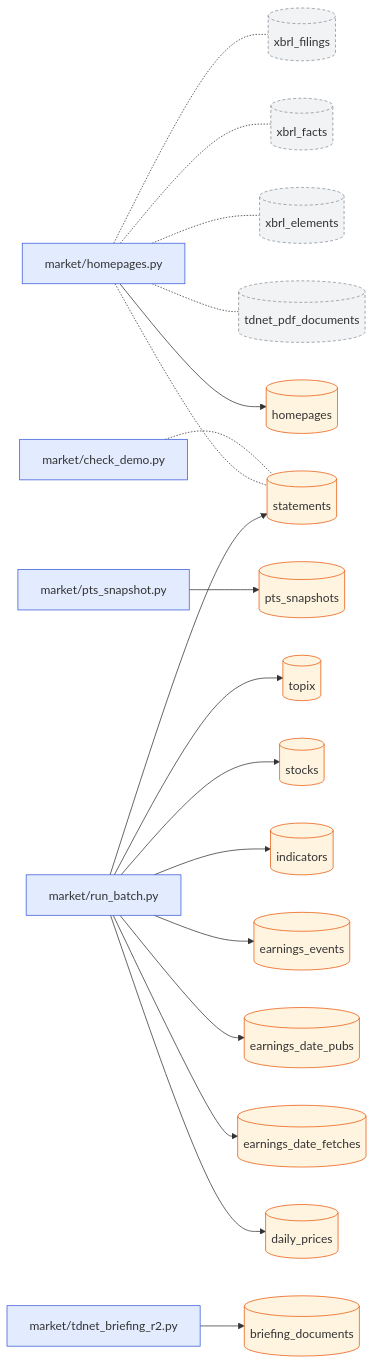
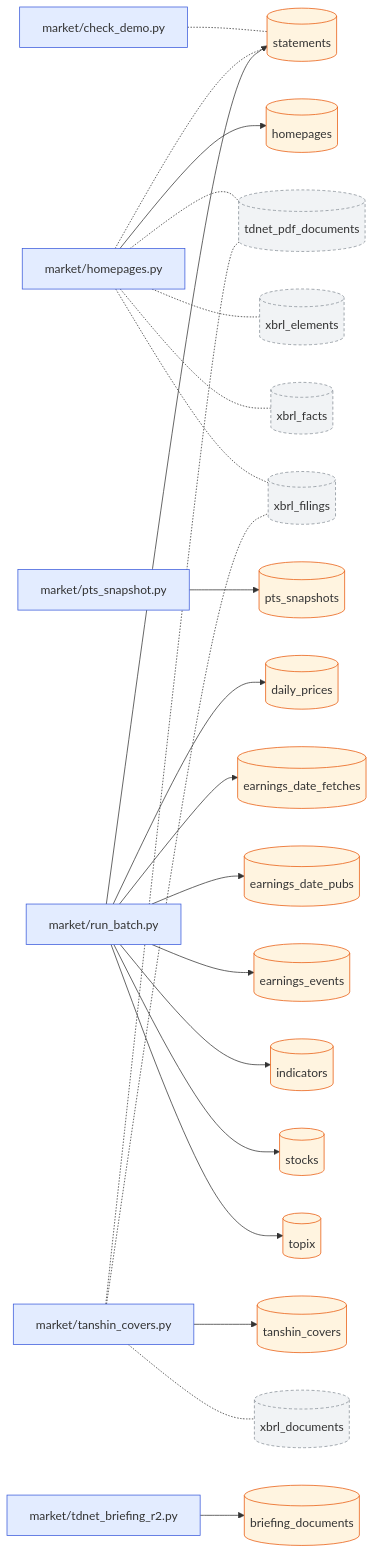
Before and after one commit to pekumirui/stock-analyzer: the first of 2 diagrams in docs/dataflow/market.md, drawn with Mermaid. The commit also changed other lines of this file and 8 other files, not shown here.

````diff
--- a/docs/dataflow/market.md
+++ b/docs/dataflow/market.md
@@ -9,44 +9,51 @@
 ```mermaid
 flowchart LR
   n0["market/check_demo.py"]:::job
   n1["market/homepages.py"]:::job
   n2["market/pts_snapshot.py"]:::job
   n3["market/run_batch.py"]:::job
-  n4["market/tdnet_briefing_r2.py"]:::job
-  n5[("briefing_documents")]:::tbl
-  n6[("daily_prices")]:::tbl
-  n7[("earnings_date_fetches")]:::tbl
-  n8[("earnings_date_pubs")]:::tbl
-  n9[("earnings_events")]:::tbl
-  n10[("homepages")]:::tbl
-  n11[("indicators")]:::tbl
-  n12[("pts_snapshots")]:::tbl
-  n13[("statements")]:::tbl
-  n14[("stocks")]:::tbl
-  n15[("tdnet_pdf_documents")]:::ext
-  n16[("topix")]:::tbl
-  n17[("xbrl_elements")]:::ext
-  n18[("xbrl_facts")]:::ext
-  n19[("xbrl_filings")]:::ext
-  n0 -.- n13
-  n1 --> n10
-  n1 -.- n13
-  n1 -.- n15
+  n4["market/tanshin_covers.py"]:::job
+  n5["market/tdnet_briefing_r2.py"]:::job
+  n6[("briefing_documents")]:::tbl
+  n7[("daily_prices")]:::tbl
+  n8[("earnings_date_fetches")]:::tbl
+  n9[("earnings_date_pubs")]:::tbl
+  n10[("earnings_events")]:::tbl
+  n11[("homepages")]:::tbl
+  n12[("indicators")]:::tbl
+  n13[("pts_snapshots")]:::tbl
+  n14[("statements")]:::tbl
+  n15[("stocks")]:::tbl
+  n16[("tanshin_covers")]:::tbl
+  n17[("tdnet_pdf_documents")]:::ext
+  n18[("topix")]:::tbl
+  n19[("xbrl_documents")]:::ext
+  n20[("xbrl_elements")]:::ext
+  n21[("xbrl_facts")]:::ext
+  n22[("xbrl_filings")]:::ext
+  n0 -.- n14
+  n1 --> n11
+  n1 -.- n14
   n1 -.- n17
-  n1 -.- n18
-  n1 -.- n19
-  n2 --> n12
-  n3 --> n6
+  n1 -.- n20
+  n1 -.- n21
+  n1 -.- n22
+  n2 --> n13
   n3 --> n7
   n3 --> n8
   n3 --> n9
-  n3 --> n11
-  n3 --> n13
+  n3 --> n10
+  n3 --> n12
   n3 --> n14
-  n3 --> n16
-  n4 --> n5
+  n3 --> n15
+  n3 --> n18
+  n4 --> n16
+  n4 -.- n17
+  n4 -.- n19
+  n4 -.- n22
+  n5 --> n6
   classDef job fill:#e3ecff,stroke:#3b5bdb
   classDef api fill:#e6f7ec,stroke:#2b8a3e
   classDef tbl fill:#fff4e0,stroke:#e8590c
   classDef ext fill:#f1f3f5,stroke:#868e96,stroke-dasharray:4 3
 ```
````
